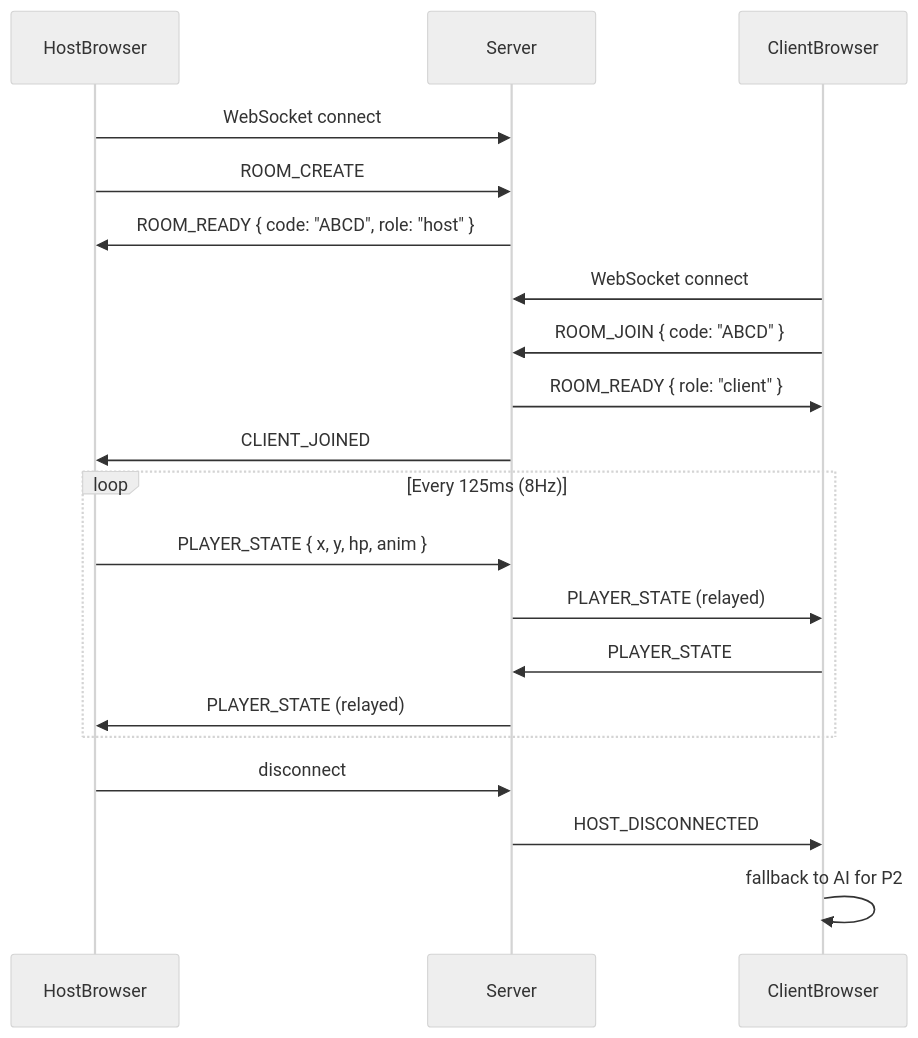
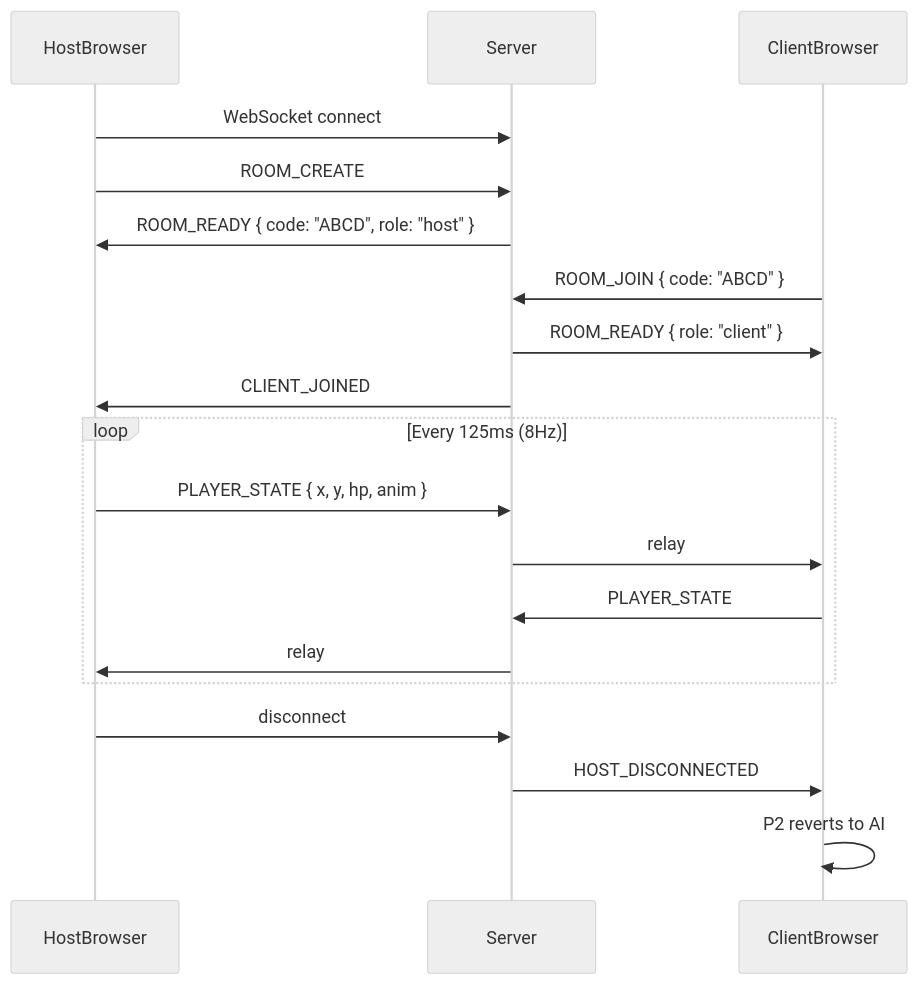
Before and after one commit to Shreyansh-Kushwaha/Dark-Star: diagram 14 of 16 in docs/TECHNICAL_OVERVIEW.md, drawn with Mermaid (neutral theme). The commit also changed other lines of this file and 2 other files, not shown here.

````diff
--- a/docs/TECHNICAL_OVERVIEW.md
+++ b/docs/TECHNICAL_OVERVIEW.md
@@ -689,26 +859,25 @@
 ```mermaid
 sequenceDiagram
     participant HostBrowser
     participant Server
     participant ClientBrowser
 
     HostBrowser->>Server: WebSocket connect
     HostBrowser->>Server: ROOM_CREATE
     Server->>HostBrowser: ROOM_READY { code: "ABCD", role: "host" }
 
-    ClientBrowser->>Server: WebSocket connect
     ClientBrowser->>Server: ROOM_JOIN { code: "ABCD" }
     Server->>ClientBrowser: ROOM_READY { role: "client" }
     Server->>HostBrowser: CLIENT_JOINED
 
     loop Every 125ms (8Hz)
         HostBrowser->>Server: PLAYER_STATE { x, y, hp, anim }
-        Server->>ClientBrowser: PLAYER_STATE (relayed)
+        Server->>ClientBrowser: relay
         ClientBrowser->>Server: PLAYER_STATE
-        Server->>HostBrowser: PLAYER_STATE (relayed)
+        Server->>HostBrowser: relay
     end
 
     HostBrowser->>Server: disconnect
     Server->>ClientBrowser: HOST_DISCONNECTED
-    ClientBrowser->>ClientBrowser: fallback to AI for P2
+    ClientBrowser->>ClientBrowser: P2 reverts to AI
 ```
````
